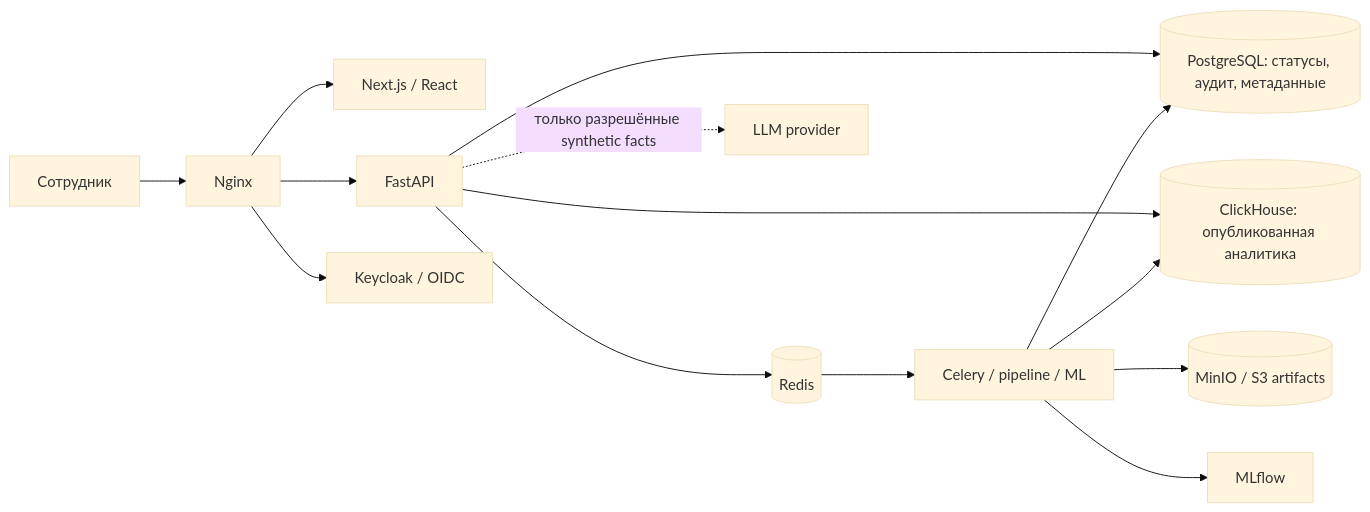
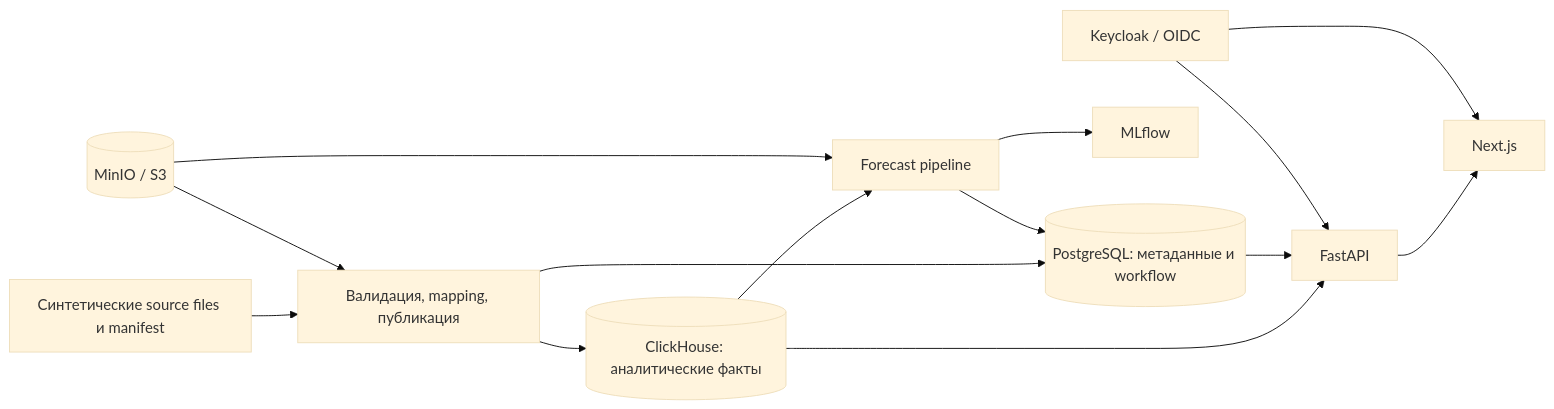
The second of 2 diagrams in README.md (BAITC-Hacks/hack-54e4bd29-claudex), drawn with Mermaid (base theme) before and after one commit. The commit also changed other lines of this file, not shown here.

````diff
--- a/README.md
+++ b/README.md
@@ -39,16 +76,16 @@
 ```mermaid
 flowchart LR
-    U[Сотрудник] --> NX[Nginx]
-    NX --> FE[Next.js / React]
-    NX --> API[FastAPI]
-    NX --> KC[Keycloak / OIDC]
-    API --> PG[(PostgreSQL: статусы, аудит, метаданные)]
-    API --> CH[(ClickHouse: опубликованная аналитика)]
-    API --> RD[(Redis)]
-    RD --> WK[Celery / pipeline / ML]
-    WK --> PG
-    WK --> CH
-    WK --> OBJ[(MinIO / S3 artifacts)]
-    WK --> MF[MLflow]
-    API -. только разрешённые synthetic facts .-> LLM[LLM provider]
+    SRC[Синтетические source files и manifest] --> PIPE[Валидация, mapping, публикация]
+    PIPE --> CH[(ClickHouse: аналитические факты)]
+    PIPE --> PG[(PostgreSQL: метаданные и workflow)]
+    CH --> API[FastAPI]
+    PG --> API
+    CH --> ML[Forecast pipeline]
+    ML --> PG
+    ML --> FLOW[MLflow]
+    API --> UI[Next.js]
+    KC[Keycloak / OIDC] --> API
+    KC --> UI
+    OBJ[(MinIO / S3)] --> PIPE
+    OBJ --> ML
 ```
````
